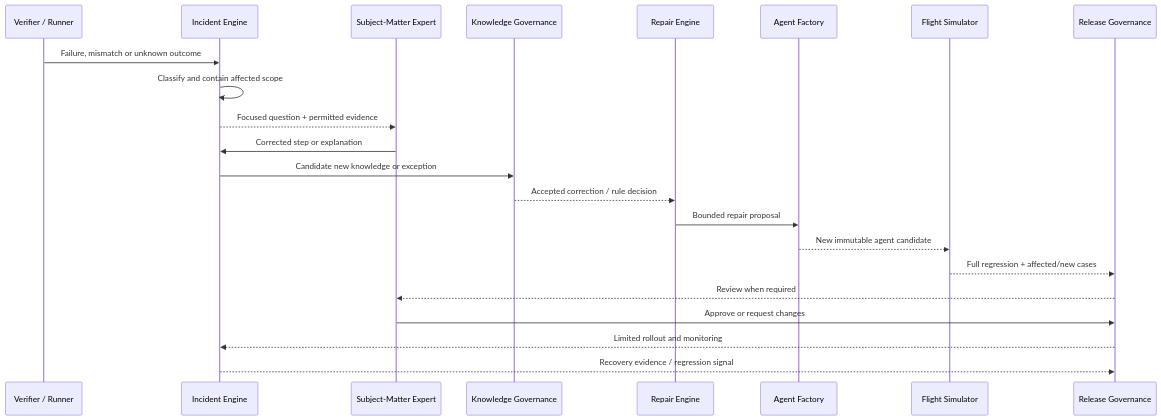
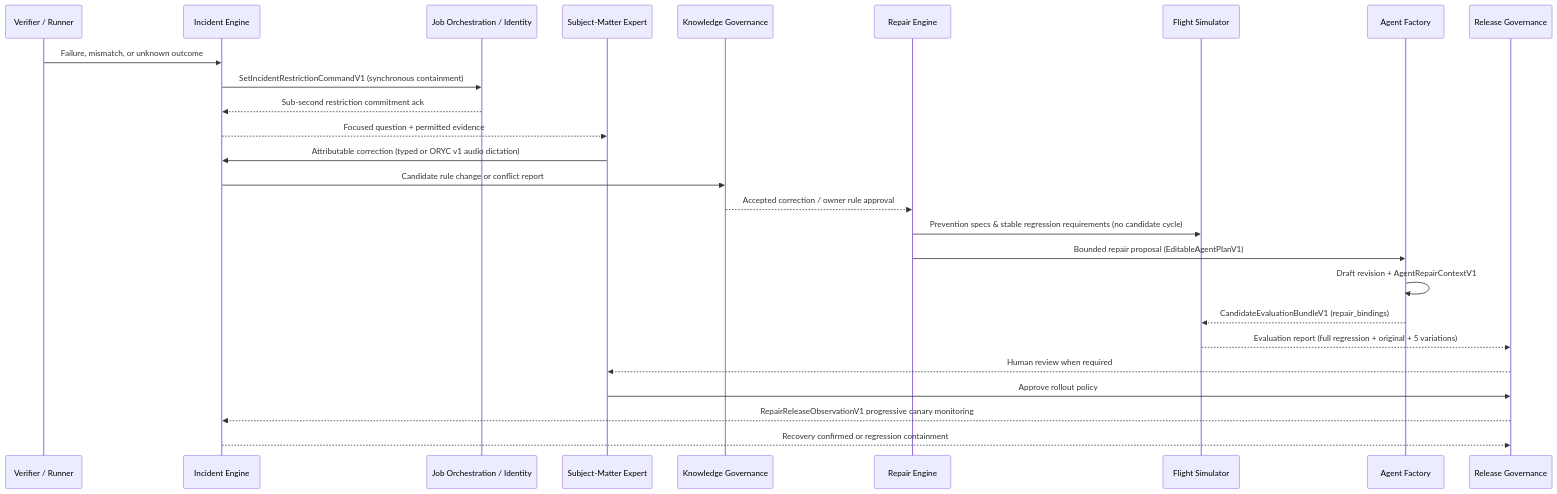
Before and after one commit to Harikeshav-R/Oryn: the sixth of 6 diagrams in TECHNICAL.md, drawn with Mermaid. The commit also changed other lines of this file and 53 other files, not shown here.

First line of the commit message:
docs(governance): specify release rollout and repair contracts

````diff
--- a/TECHNICAL.md
+++ b/TECHNICAL.md
@@ -856,25 +856,29 @@
 ```mermaid
 sequenceDiagram
     participant V as Verifier / Runner
     participant I as Incident Engine
+    participant O as Job Orchestration / Identity
     participant H as Subject-Matter Expert
     participant K as Knowledge Governance
     participant R as Repair Engine
+    participant S as Flight Simulator
     participant F as Agent Factory
-    participant S as Flight Simulator
     participant G as Release Governance
 
-    V->>I: Failure, mismatch or unknown outcome
-    I->>I: Classify and contain affected scope
+    V->>I: Failure, mismatch, or unknown outcome
+    I->>O: SetIncidentRestrictionCommandV1 (synchronous containment)
+    O-->>I: Sub-second restriction commitment ack
     I-->>H: Focused question + permitted evidence
-    H->>I: Corrected step or explanation
-    I->>K: Candidate new knowledge or exception
-    K-->>R: Accepted correction / rule decision
-    R->>F: Bounded repair proposal
-    F-->>S: New immutable agent candidate
-    S-->>G: Full regression + affected/new cases
-    G-->>H: Review when required
-    H->>G: Approve or request changes
-    G-->>I: Limited rollout and monitoring
-    I-->>G: Recovery evidence / regression signal
+    H->>I: Attributable correction (typed or ORYC v1 audio dictation)
+    I->>K: Candidate rule change or conflict report
+    K-->>R: Accepted correction / owner rule approval
+    R->>S: Prevention specs & stable regression requirements (no candidate cycle)
+    R->>F: Bounded repair proposal (EditableAgentPlanV1)
+    F->>F: Draft revision + AgentRepairContextV1
+    F-->>S: CandidateEvaluationBundleV1 (repair_bindings)
+    S-->>G: Evaluation report (full regression + original + 5 variations)
+    G-->>H: Human review when required
+    H->>G: Approve rollout policy
+    G-->>I: RepairReleaseObservationV1 progressive canary monitoring
+    I-->>G: Recovery confirmed or regression containment
 ```
````
